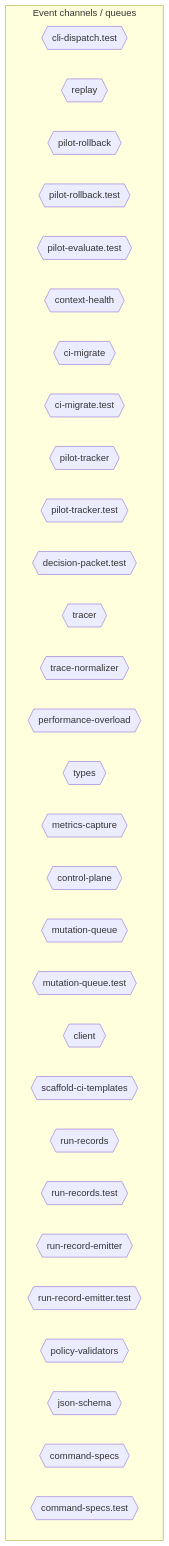
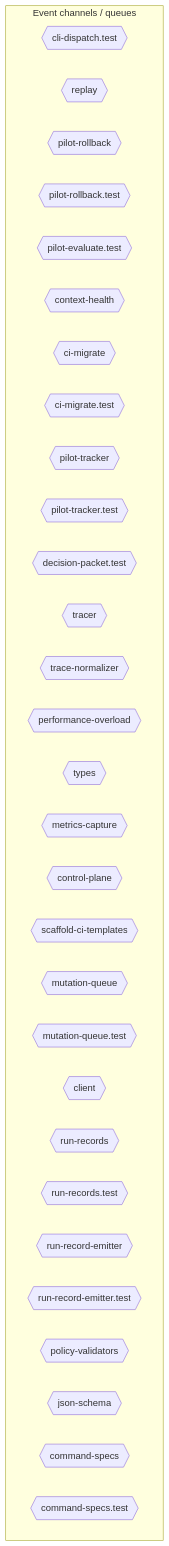
The sixth of 10 diagrams in AI/context/diagram-context.md (jscraik/coding-harness), drawn with Mermaid before and after one commit. The commit also changed other lines of this file, not shown here.

First line of the commit message:
chore(diagrams): refresh architecture context

````diff
--- a/AI/context/diagram-context.md
+++ b/AI/context/diagram-context.md
@@ -1984,36 +1987,36 @@
 ```mermaid
 flowchart TD
   subgraph Channels["Event channels / queues"]
     cli_dispatch_test_54c9f17b{{"cli-dispatch.test"}}
     replay_ac203c98{{"replay"}}
     pilot_rollback_00c1f82c{{"pilot-rollback"}}
     pilot_rollback_test_e61d5a2b{{"pilot-rollback.test"}}
     pilot_evaluate_test_a2ac06fc{{"pilot-evaluate.test"}}
     context_health_80bb7da9{{"context-health"}}
     ci_migrate_78bb70b1{{"ci-migrate"}}
     ci_migrate_test_2a015bb9{{"ci-migrate.test"}}
     pilot_tracker_5c767813{{"pilot-tracker"}}
     pilot_tracker_test_80398a66{{"pilot-tracker.test"}}
     decision_packet_test_9ea0e97b{{"decision-packet.test"}}
     tracer_1e6243a2{{"tracer"}}
     trace_normalizer_cb1be1d2{{"trace-normalizer"}}
     performance_overload_c685bfcf{{"performance-overload"}}
-    types_10_75e5a4a0{{"types"}}
+    types_8_f6283648{{"types"}}
     metrics_capture_1d1a2c08{{"metrics-capture"}}
     control_plane_96826665{{"control-plane"}}
+    scaffold_ci_templates_2afd6392{{"scaffold-ci-templates"}}
     mutation_queue_ce5a530e{{"mutation-queue"}}
     mutation_queue_test_10b599e8{{"mutation-queue.test"}}
     client_1_914e1681{{"client"}}
-    scaffold_ci_templates_2afd6392{{"scaffold-ci-templates"}}
     run_records_f616aa7c{{"run-records"}}
     run_records_test_3ee6a0e3{{"run-records.test"}}
     run_record_emitter_00168a3a{{"run-record-emitter"}}
     run_record_emitter_test_5475c0da{{"run-record-emitter.test"}}
     policy_validators_6682e192{{"policy-validators"}}
     json_schema_74a768d7{{"json-schema"}}
     command_specs_69167c63{{"command-specs"}}
     command_specs_test_7f693e85{{"command-specs.test"}}
   end
   classDef eventNode fill:#db2777,color:#fff
 
 ```
````
